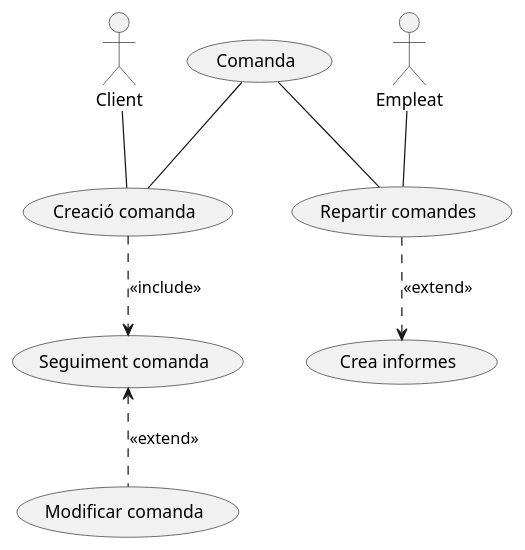
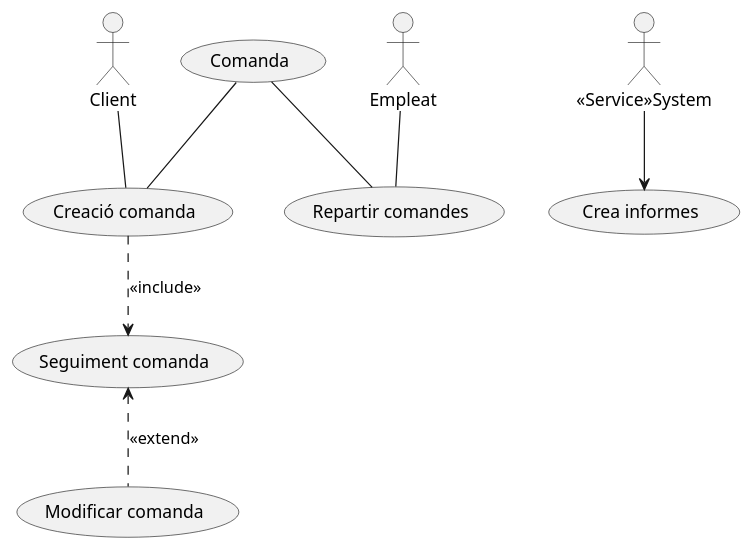
One commit to saracaparros/DAW changed the diagram in M5/AEA.3.2.1. Iniciació Diagrames de casos d'ús/PlantUML/Restaurant.puml. Above: the diagram before and after it, drawn with PlantUML. The commit also changed 1 other file, not shown here.

```diff
--- a/M5/AEA.3.2.1. Iniciació Diagrames de casos d'ús/PlantUML/Restaurant.puml
+++ b/M5/AEA.3.2.1. Iniciació Diagrames de casos d'ús/PlantUML/Restaurant.puml
@@ -1,15 +1,16 @@
 @startuml
 :Client: as C
 :Empleat: as E
+:<<Service>>System: as SS
 
 C -- (Creació comanda)
 (Creació comanda) ..> (Seguiment comanda) : <<include>>
 (Seguiment comanda) <.. (Modificar comanda) : <<extend>>
 
 E -- (Repartir comandes)
-(Repartir comandes) ..> (Crea informes) : <<extend>>
+SS --> (Crea informes)
 
 (Comanda) -- (Creació comanda)
 (Comanda) -- (Repartir comandes)
 
 @enduml
```
